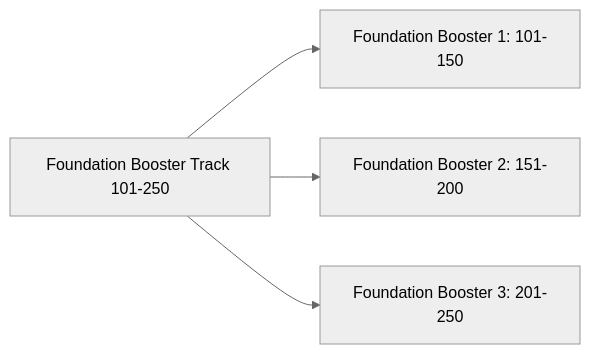
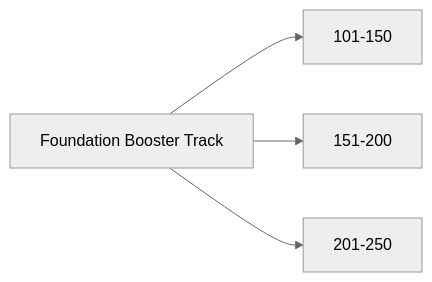
The second of 2 diagrams in README.md (Arbab-ofc/Typing-Academy), drawn with Mermaid (neutral theme) before and after one commit. The commit also changed other lines of this file, not shown here.

````diff
--- a/README.md
+++ b/README.md
@@ -147,7 +140,7 @@
 ```mermaid
 flowchart LR
-  X[Foundation Booster Track 101-250]
-  X --> Y[Foundation Booster 1: 101-150]
-  X --> Z[Foundation Booster 2: 151-200]
-  X --> W[Foundation Booster 3: 201-250]
+  X[Foundation Booster Track]
+  X --> Y[101-150]
+  X --> Z[151-200]
+  X --> W[201-250]
 ```
````
